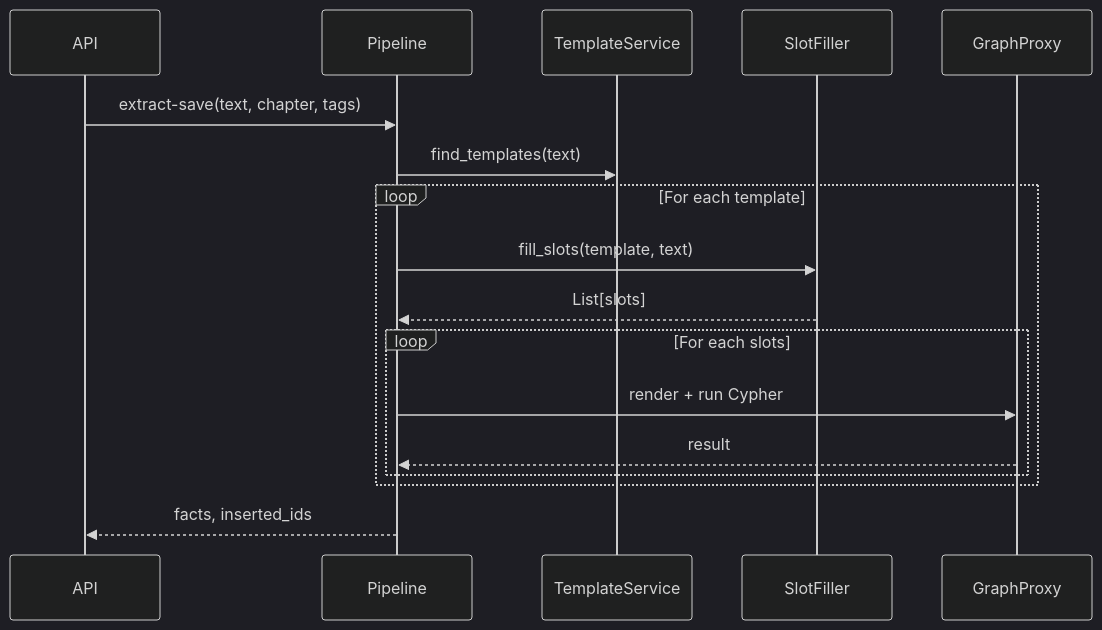
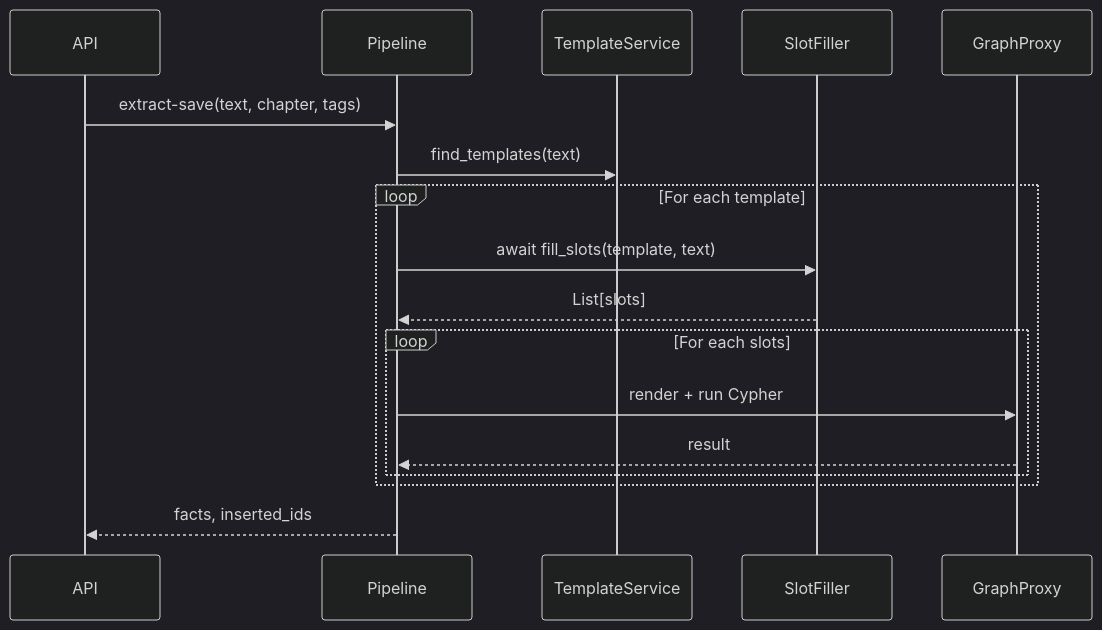
The diagram in docs/slotfiller_spec.md (angr1it/narrator), drawn with Mermaid (dark theme) before and after one commit. The commit also changed other lines of this file and 14 other files, not shown here.

````diff
--- a/docs/slotfiller_spec.md
+++ b/docs/slotfiller_spec.md
@@ -19,20 +19,20 @@
 ```mermaid
 sequenceDiagram
     participant API
     participant Pipeline
     participant TemplateService
     participant SlotFiller
     participant GraphProxy
 
     API->>Pipeline: extract-save(text, chapter, tags)
     Pipeline->>TemplateService: find_templates(text)
     loop For each template
-        Pipeline->>SlotFiller: fill_slots(template, text)
+        Pipeline->>SlotFiller: await fill_slots(template, text)
         SlotFiller-->>Pipeline: List[slots]
         loop For each slots
             Pipeline->>GraphProxy: render + run Cypher
             GraphProxy-->>Pipeline: result
         end
     end
     Pipeline-->>API: facts, inserted_ids
 ```
````
